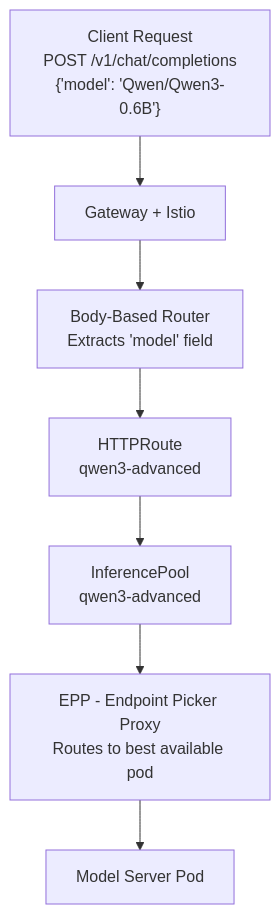
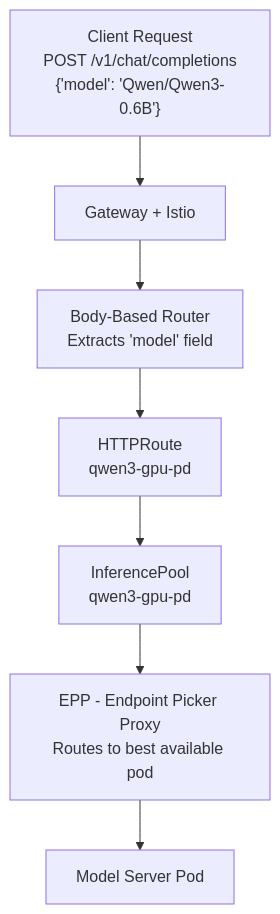
The third of 4 diagrams in docs/README.md (microsoft/Build26-LAB510-take-llms-from-prototype-to-production-on-aks), drawn with Mermaid before and after one commit. The commit also changed other lines of this file, not shown here.

````diff
--- a/docs/README.md
+++ b/docs/README.md
@@ -822,9 +960,9 @@
 ```mermaid
 graph TD
     Client["Client Request<br/>POST /v1/chat/completions<br/>{'model': 'Qwen/Qwen3-0.6B'}"] --> Gateway[Gateway + Istio]
     Gateway --> BBR[Body-Based Router<br/>Extracts 'model' field]
-    BBR --> Route[HTTPRoute<br/>qwen3-advanced]
-    Route --> Pool[InferencePool<br/>qwen3-advanced]
+    BBR --> Route[HTTPRoute<br/>qwen3-gpu-pd]
+    Route --> Pool[InferencePool<br/>qwen3-gpu-pd]
     Pool --> EPP[EPP - Endpoint Picker Proxy<br/>Routes to best available pod]
     EPP --> Pod[Model Server Pod]
 ```
````
